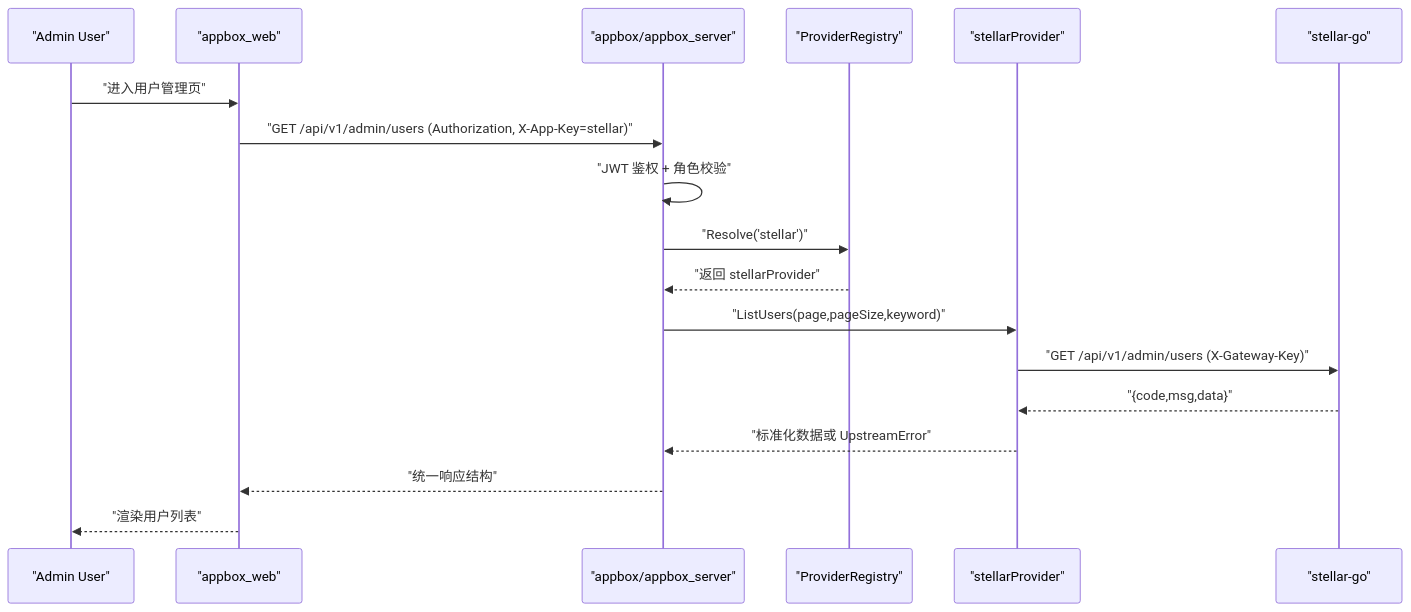
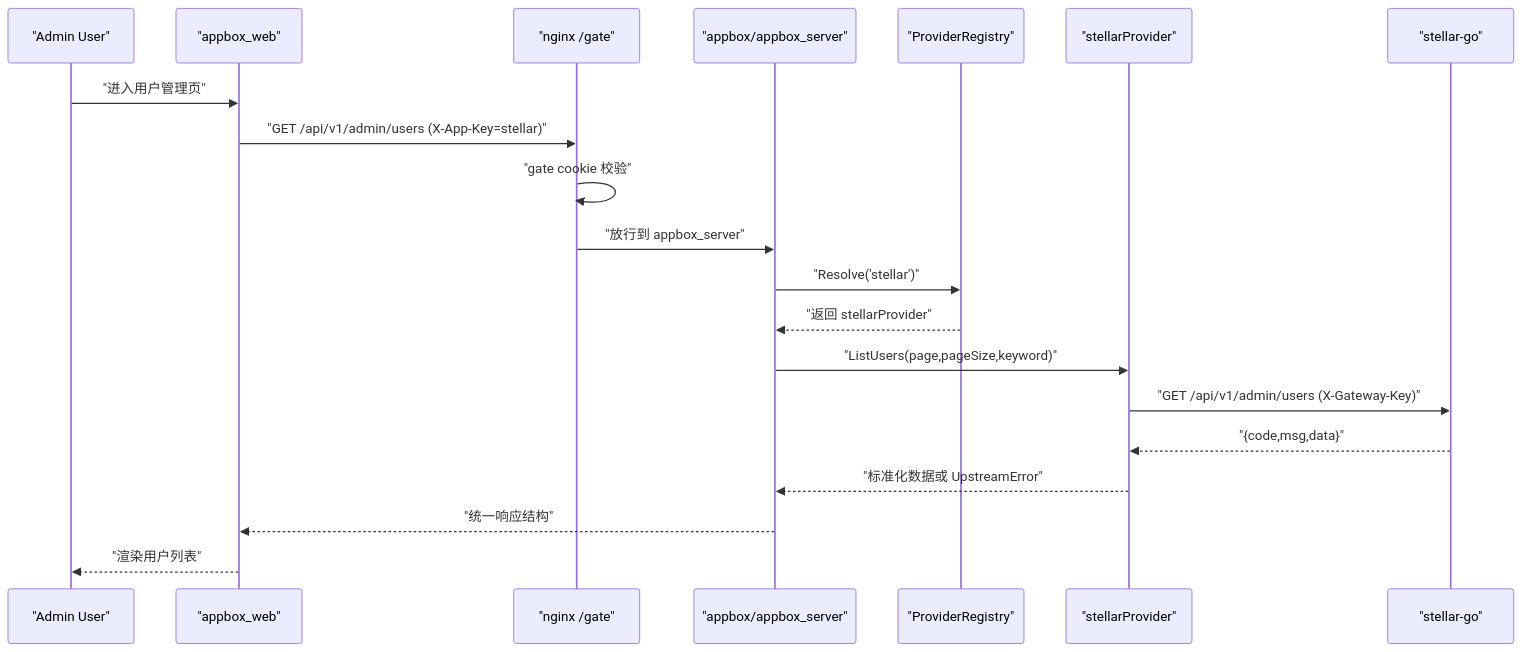
Before and after one commit to darren-you/app_box: the third of 3 diagrams in docs/features/server/gateway_architecture.md, drawn with Mermaid. The commit also changed other lines of this file and 32 other files, not shown here.

````diff
--- a/docs/features/server/gateway_architecture.md
+++ b/docs/features/server/gateway_architecture.md
@@ -114,21 +116,23 @@
 ```mermaid
 sequenceDiagram
     participant U as "Admin User"
     participant W as "appbox_web"
+    participant N as "nginx /gate"
     participant G as "appbox/appbox_server"
     participant R as "ProviderRegistry"
     participant P as "stellarProvider"
     participant S as "stellar-go"
 
     U->>W: "进入用户管理页"
-    W->>G: "GET /api/v1/admin/users (Authorization, X-App-Key=stellar)"
-    G->>G: "JWT 鉴权 + 角色校验"
+    W->>N: "GET /api/v1/admin/users (X-App-Key=stellar)"
+    N->>N: "gate cookie 校验"
+    N->>G: "放行到 appbox_server"
     G->>R: "Resolve('stellar')"
     R-->>G: "返回 stellarProvider"
     G->>P: "ListUsers(page,pageSize,keyword)"
     P->>S: "GET /api/v1/admin/users (X-Gateway-Key)"
     S-->>P: "{code,msg,data}"
     P-->>G: "标准化数据或 UpstreamError"
     G-->>W: "统一响应结构"
     W-->>U: "渲染用户列表"
 ```
````
